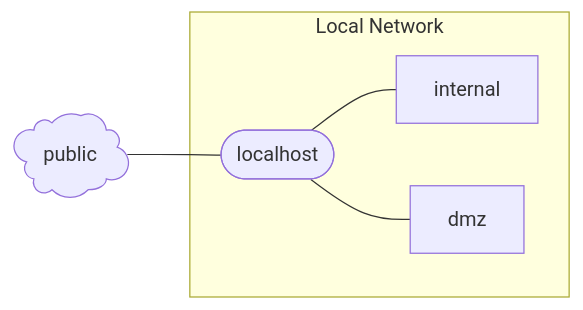
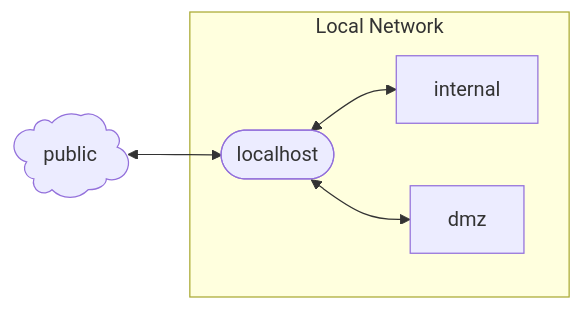
One commit to FoobarOy/foomuuri changed the second of 2 diagrams in docs/example/router-firewall.md. Above: the diagram before and after it, drawn with Mermaid. The commit also changed other lines of this file and 1 other file, not shown here.

Commit message:
Add graphs to host-firewall examples

````diff
--- a/docs/example/router-firewall.md
+++ b/docs/example/router-firewall.md
@@ -134,8 +134,8 @@
 ``` mermaid
 flowchart LR
-    public@{shape: cloud} --- localhost@{shape: stadium}
+    public@{shape: cloud} <--> localhost@{shape: stadium}
     subgraph Local Network
-        localhost --- internal
-        localhost --- dmz
+        localhost <--> internal
+        localhost <--> dmz
     end
 ```
````
